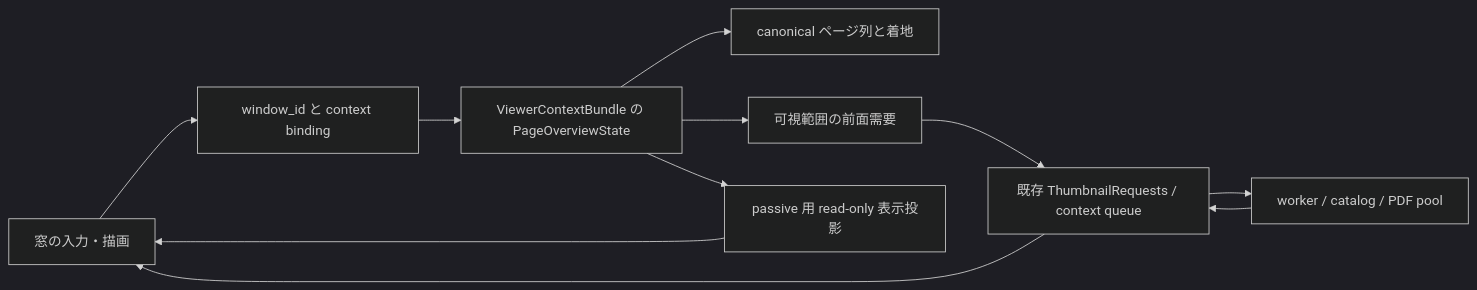
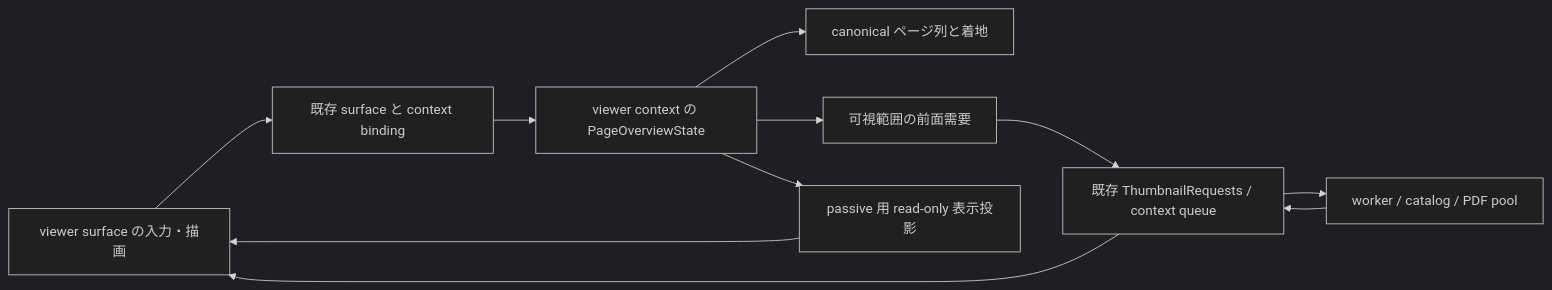
One commit to MikageSawatari/mimageviewer changed the diagram in docs/detached-book-page-overview-plan.md. Above: the diagram before and after it, drawn with Mermaid (dark theme). The commit also changed other lines of this file and 3 other files, not shown here.

````diff
--- a/docs/detached-book-page-overview-plan.md
+++ b/docs/detached-book-page-overview-plan.md
@@ -172,13 +228,13 @@
 ```mermaid
 flowchart LR
-    A[窓の入力・描画] --> B[window_id と context binding]
-    B --> C[ViewerContextBundle の PageOverviewState]
+    A[viewer surface の入力・描画] --> B[既存 surface と context binding]
+    B --> C[viewer context の PageOverviewState]
     C --> D[canonical ページ列と着地]
     C --> E[可視範囲の前面需要]
     E --> F[既存 ThumbnailRequests / context queue]
     F --> G[worker / catalog / PDF pool]
     G --> F
     F --> A
     C --> H[passive 用 read-only 表示投影]
     H --> A
 ```
````
